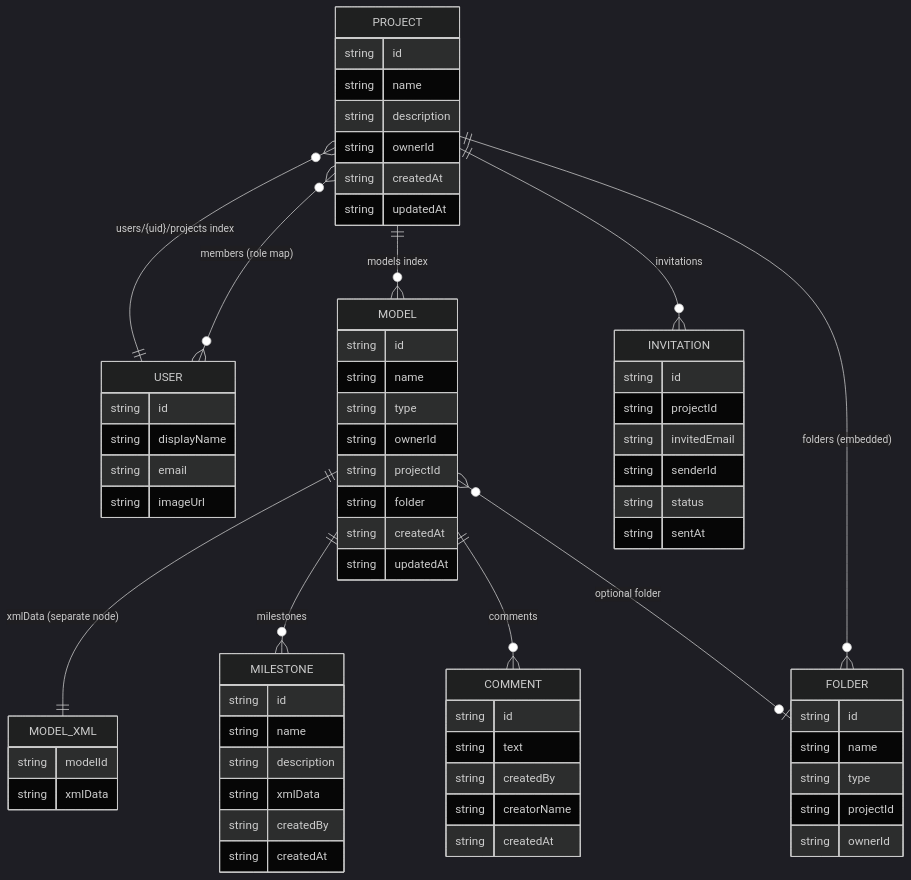
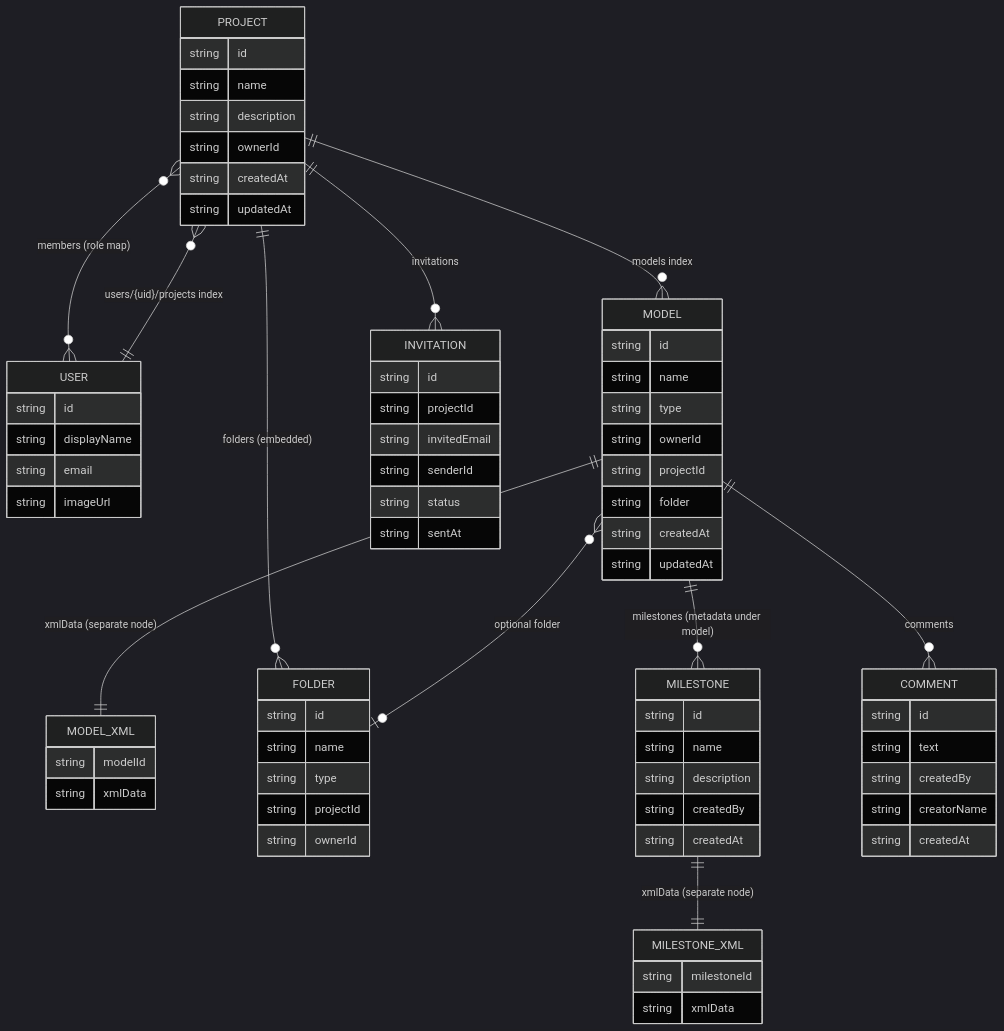
Before and after one commit to creatoratnight/bpmn-modeler: the diagram in docs/projects.md, drawn with Mermaid (dark theme). The commit also changed other lines of this file and 22 other files, not shown here.

````diff
--- a/docs/projects.md
+++ b/docs/projects.md
@@ -180,71 +197,75 @@
 ```mermaid
 erDiagram
     PROJECT {
         string id
         string name
         string description
         string ownerId
         string createdAt
         string updatedAt
     }
     USER {
         string id
         string displayName
         string email
         string imageUrl
     }
     MODEL {
         string id
         string name
         string type
         string ownerId
         string projectId
         string folder
         string createdAt
         string updatedAt
     }
     MODEL_XML {
         string modelId
         string xmlData
     }
     FOLDER {
         string id
         string name
         string type
         string projectId
         string ownerId
     }
     MILESTONE {
         string id
         string name
         string description
-        string xmlData
         string createdBy
         string createdAt
+    }
+    MILESTONE_XML {
+        string milestoneId
+        string xmlData
     }
     COMMENT {
         string id
         string text
         string createdBy
         string creatorName
         string createdAt
     }
     INVITATION {
         string id
         string projectId
         string invitedEmail
         string senderId
         string status
         string sentAt
     }
 
     PROJECT ||--o{ MODEL : "models index"
     PROJECT ||--o{ FOLDER : "folders (embedded)"
     PROJECT }o--o{ USER : "members (role map)"
     MODEL ||--|| MODEL_XML : "xmlData (separate node)"
-    MODEL ||--o{ MILESTONE : "milestones"
+    MODEL ||--o{ MILESTONE : "milestones (metadata under model)"
+    MILESTONE ||--|| MILESTONE_XML : "xmlData (separate node)"
     MODEL ||--o{ COMMENT : "comments"
     MODEL }o--o| FOLDER : "optional folder"
     PROJECT ||--o{ INVITATION : "invitations"
     USER ||--o{ PROJECT : "users/{uid}/projects index"
 ```
````
